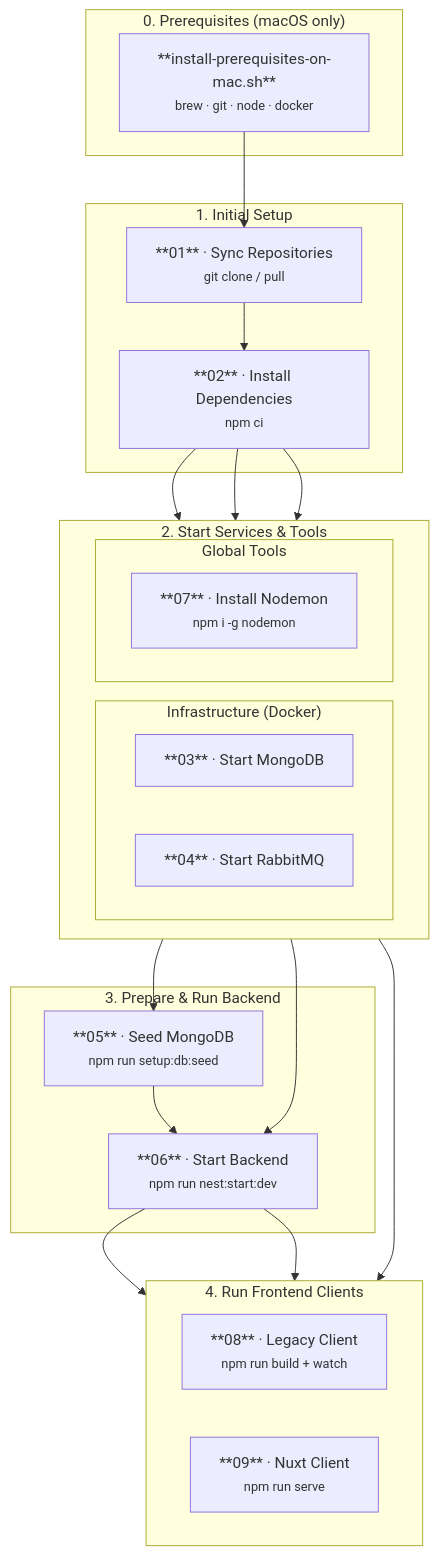
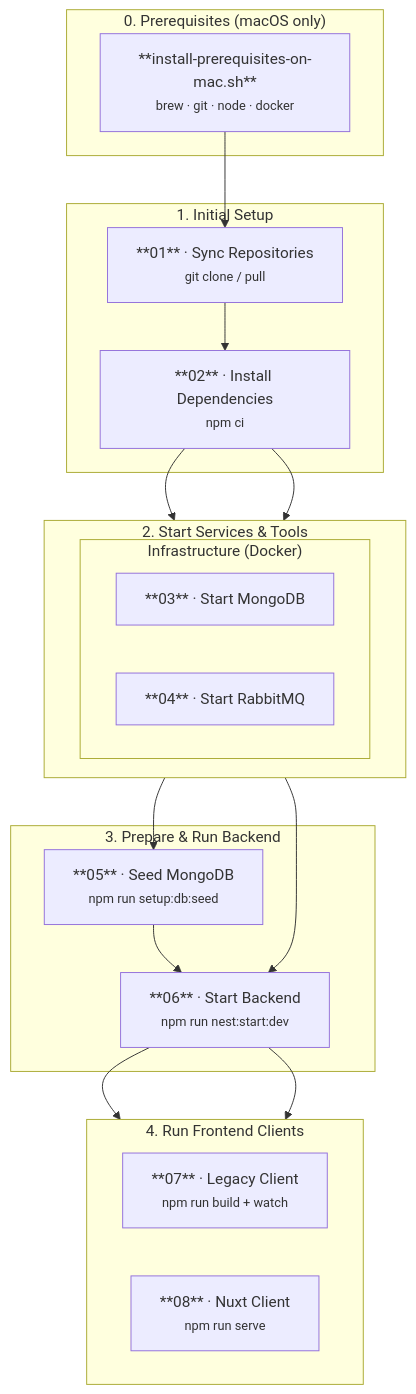
One commit to FWU-DE/svs-local-setup changed the diagram in README.md. Above: the diagram before and after it, drawn with Mermaid. The commit also changed other lines of this file and 3 other files, not shown here.

Commit message:
refactor: remove step to install nodemon

````diff
--- a/README.md
+++ b/README.md
@@ -36,43 +35,39 @@
 ```mermaid
 flowchart TD
     subgraph "0. Prerequisites (macOS only)"
         P["**install-prerequisites-on-mac.sh**\n<small>brew · git · node · docker</small>"]
     end
 
     subgraph "1. Initial Setup"
         A["**01** · Sync Repositories\n<small>git clone / pull</small>"]
         B["**02** · Install Dependencies\n<small>npm ci</small>"]
         A --> B
     end
 
     P --> A
 
     subgraph "2. Start Services & Tools"
         direction LR
         subgraph "Infrastructure (Docker)"
             C["**03** · Start MongoDB"]
             D["**04** · Start RabbitMQ"]
         end
-        subgraph "Global Tools"
-            G["**07** · Install Nodemon\n<small>npm i -g nodemon</small>"]
-        end
     end
 
-    B --> C & D & G
+    B --> C & D
 
     subgraph "3. Prepare & Run Backend"
         E["**05** · Seed MongoDB\n<small>npm run setup:db:seed</small>"]
         F["**06** · Start Backend\n<small>npm run nest:start:dev</small>"]
         C --> E --> F
         D --> F
     end
 
     subgraph "4. Run Frontend Clients"
         direction LR
-        H["**08** · Legacy Client\n<small>npm run build + watch</small>"]
-        I["**09** · Nuxt Client\n<small>npm run serve</small>"]
+        H["**07** · Legacy Client\n<small>npm run build + watch</small>"]
+        I["**08** · Nuxt Client\n<small>npm run serve</small>"]
     end
 
-    G --> H
     F --> H & I
 ```
````
